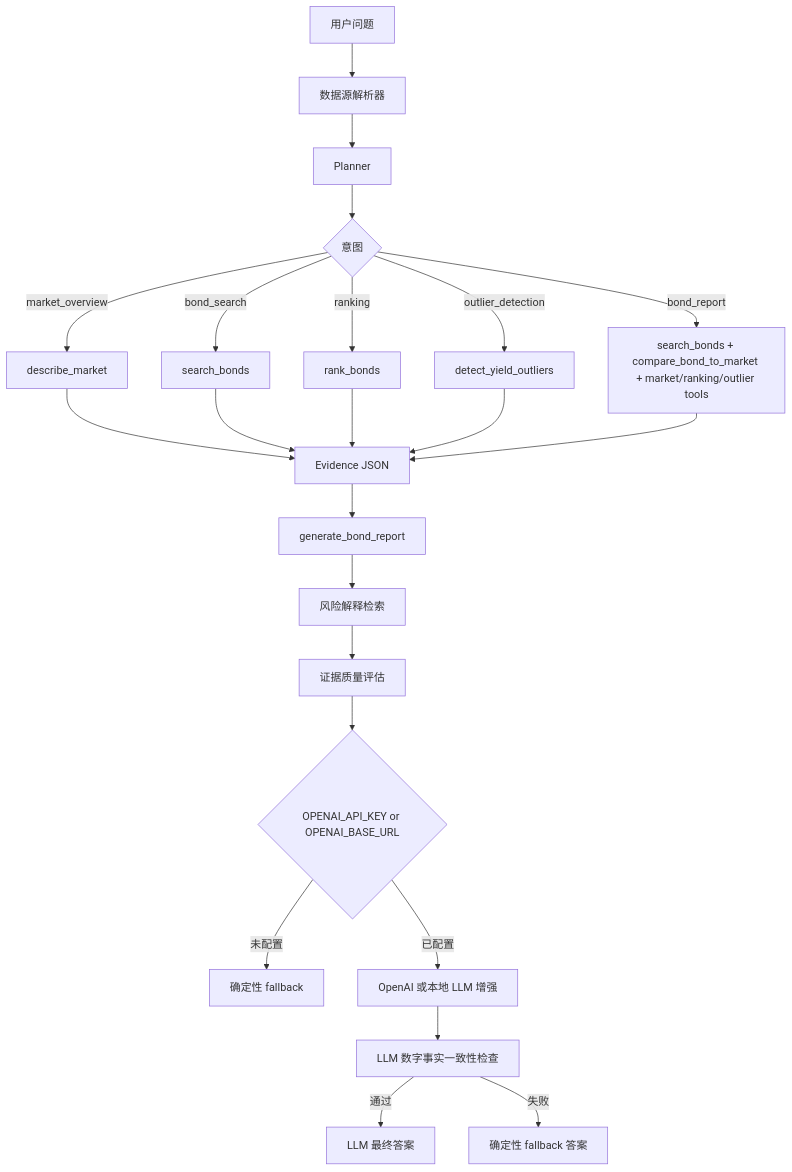
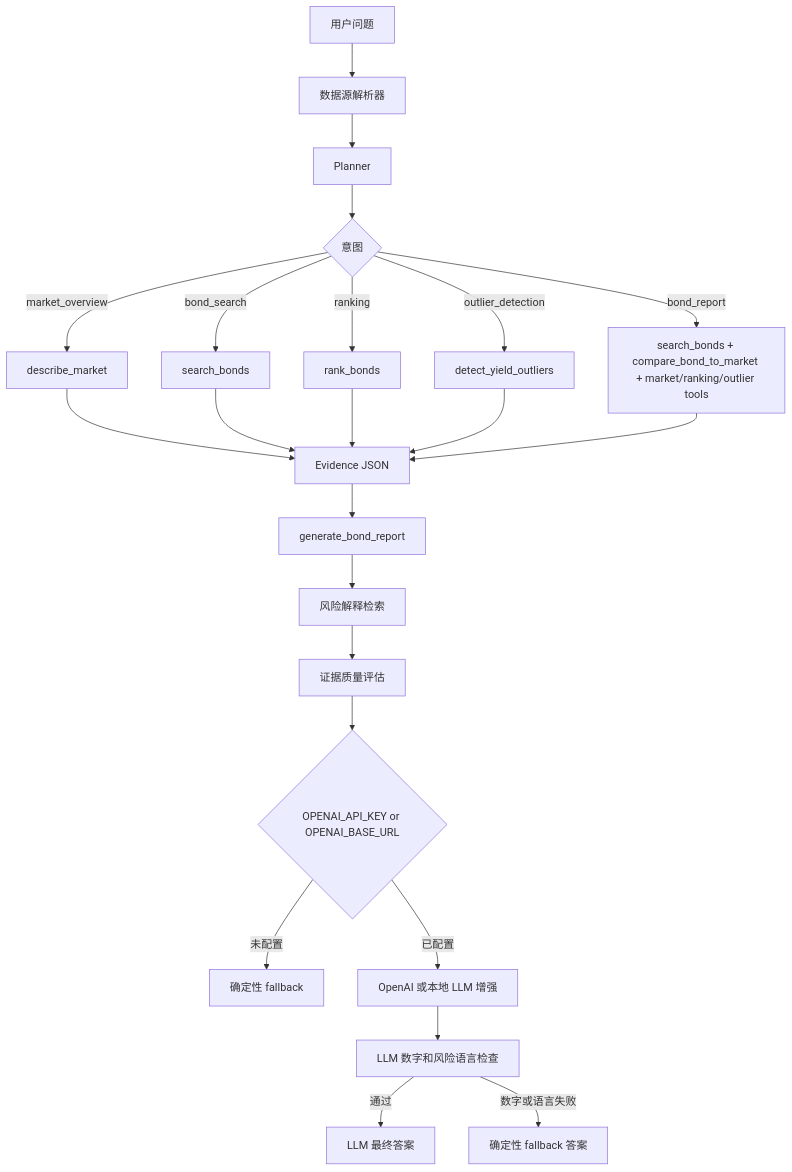
Before and after one commit to Phoenix0531-sudo/bondlens-ai: the diagram in README.zh-CN.md, drawn with Mermaid. The commit also changed other lines of this file and 15 other files, not shown here.

````diff
--- a/README.zh-CN.md
+++ b/README.zh-CN.md
@@ -67,25 +68,25 @@
 ```mermaid
 flowchart TD
     A[用户问题] --> B[数据源解析器]
     B --> C[Planner]
     C --> D{意图}
     D -->|market_overview| E[describe_market]
     D -->|bond_search| F[search_bonds]
     D -->|ranking| G[rank_bonds]
     D -->|outlier_detection| H[detect_yield_outliers]
     D -->|bond_report| I[search_bonds + compare_bond_to_market + market/ranking/outlier tools]
     E --> J[Evidence JSON]
     F --> J
     G --> J
     H --> J
     I --> J
     J --> K[generate_bond_report]
     K --> L[风险解释检索]
     L --> M[证据质量评估]
     M --> N{OPENAI_API_KEY or OPENAI_BASE_URL}
     N -->|未配置| O[确定性 fallback]
     N -->|已配置| P[OpenAI 或本地 LLM 增强]
-    P --> Q[LLM 数字事实一致性检查]
+    P --> Q[LLM 数字和风险语言检查]
     Q -->|通过| R[LLM 最终答案]
-    Q -->|失败| S[确定性 fallback 答案]
+    Q -->|数字或语言失败| S[确定性 fallback 答案]
 ```
````
